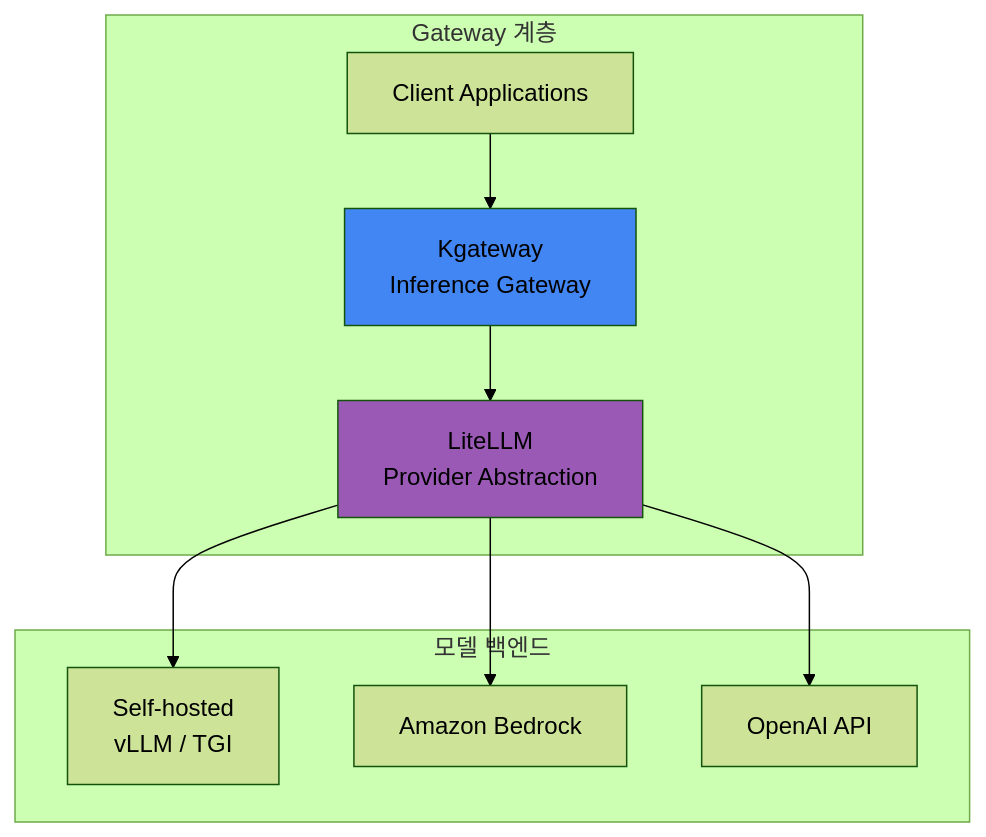
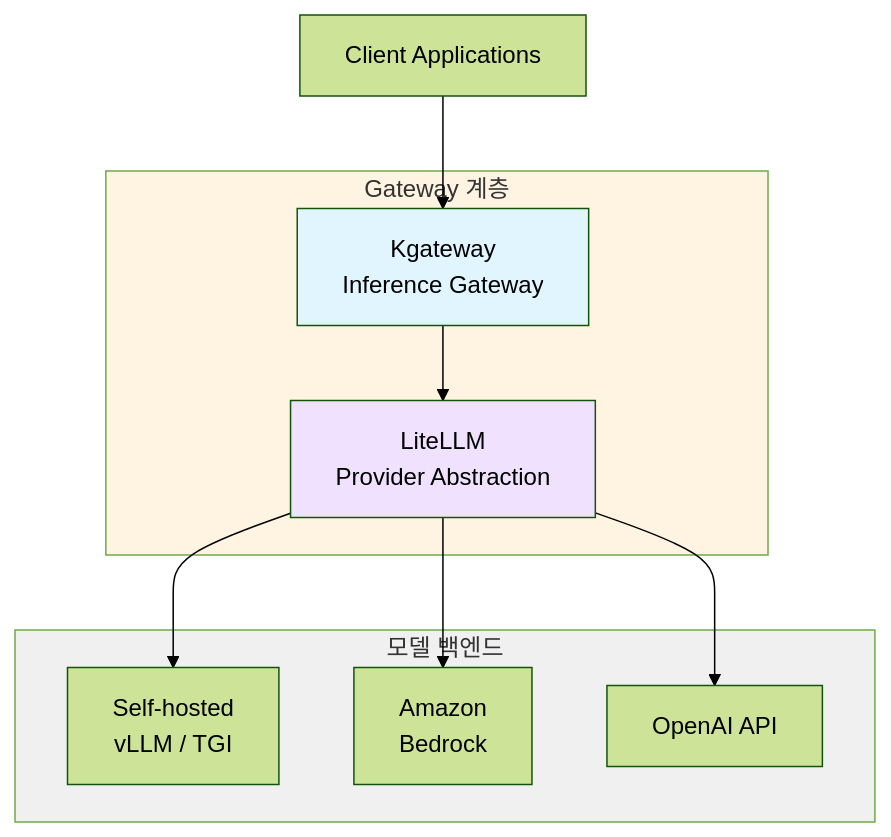
Before and after one commit to devfloor9/engineering-playbook: the sixth of 16 diagrams in docs/agentic-ai-platform/design-architecture/agentic-ai-challenges.md, drawn with Mermaid (forest theme). The commit also changed other lines of this file and 24 other files, not shown here.

````diff
--- a/docs/agentic-ai-platform/design-architecture/agentic-ai-challenges.md
+++ b/docs/agentic-ai-platform/design-architecture/agentic-ai-challenges.md
@@ -260,23 +258,26 @@
 ```mermaid
-graph TB
-    subgraph "Gateway 계층"
-        CLIENT["Client Applications"]
+flowchart TD
+    CLIENT["Client Applications"]
+
+    subgraph Gateway["Gateway 계층"]
         KGW["Kgateway<br/>Inference Gateway"]
         LITE["LiteLLM<br/>Provider Abstraction"]
     end
 
-    subgraph "모델 백엔드"
+    subgraph Backends["모델 백엔드"]
         SELF["Self-hosted<br/>vLLM / TGI"]
-        BEDROCK["Amazon Bedrock"]
+        BEDROCK["Amazon<br/>Bedrock"]
         OPENAI["OpenAI API"]
     end
 
     CLIENT --> KGW
     KGW --> LITE
     LITE --> SELF
     LITE --> BEDROCK
     LITE --> OPENAI
 
-    style KGW fill:#4286f4
-    style LITE fill:#9b59b6
+    style KGW fill:#e1f5ff
+    style LITE fill:#f0e1ff
+    style Gateway fill:#fff4e1
+    style Backends fill:#f0f0f0
 ```
````
